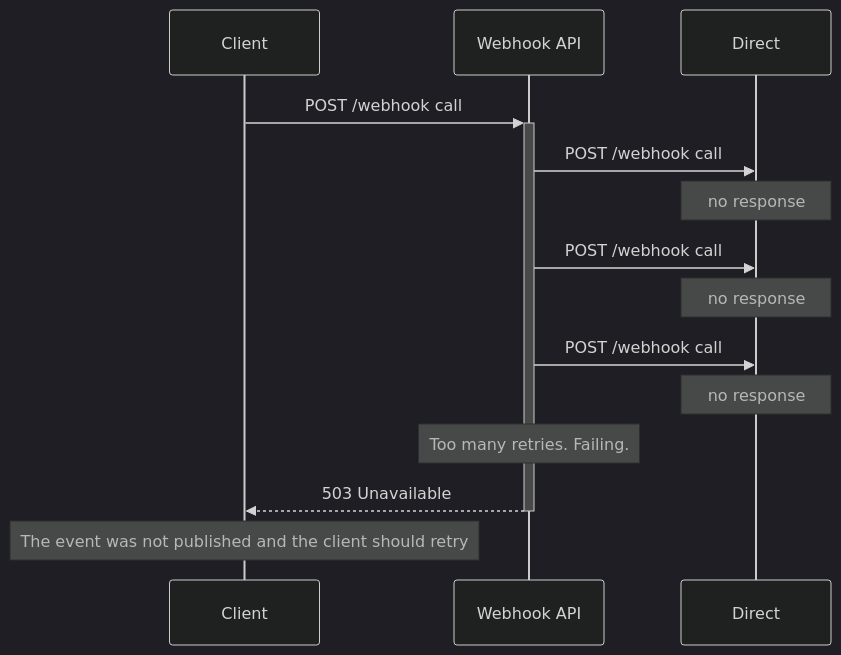
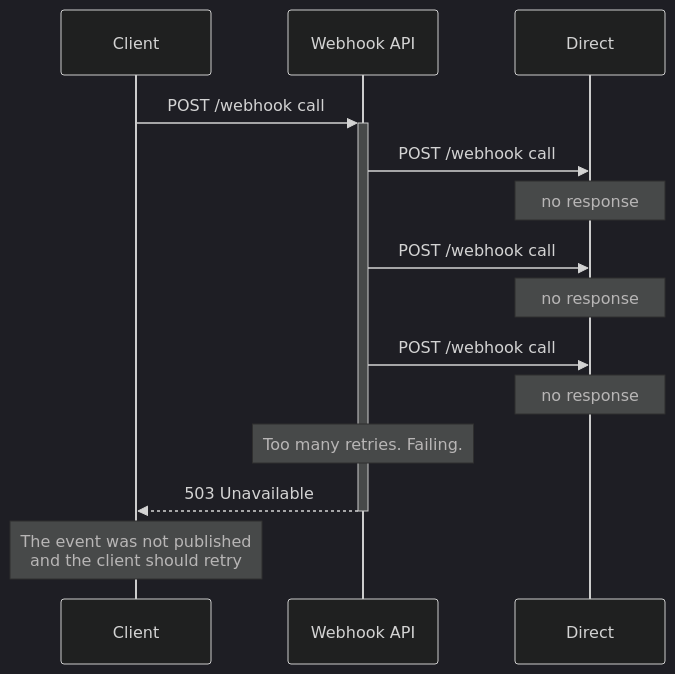
One commit to preira/Webhooks changed the sixth of 9 diagrams in Docs/Architecture.md. Above: the diagram before and after it, drawn with Mermaid (dark theme). The commit also changed other lines of this file, not shown here.

Commit message:
Added more detail to architecture spec.

````diff
--- a/Docs/Architecture.md
+++ b/Docs/Architecture.md
@@ -137,16 +150,16 @@
 ```mermaid
 sequenceDiagram
 Client->>+Webhook API: POST /webhook call
 
 Webhook API->>Direct: POST /webhook call
 note over Direct: no response
 Webhook API->>Direct: POST /webhook call
 note over Direct: no response
 Webhook API->>Direct: POST /webhook call
 note over Direct: no response
 
 note over Webhook API: Too many retries. Failing.
 Webhook API-->>-Client: 503 Unavailable
-Note over Client: The event was not published and the client should retry
+Note over Client: The event was not published <br/>and the client should retry
 
 ```
````
